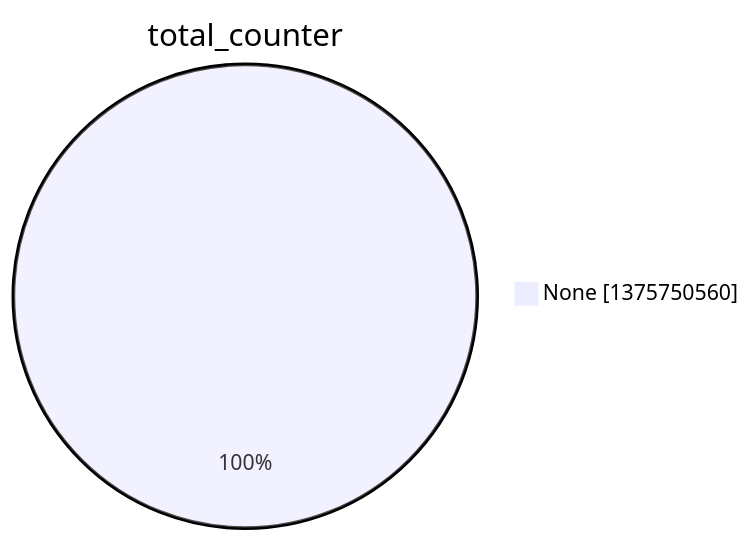
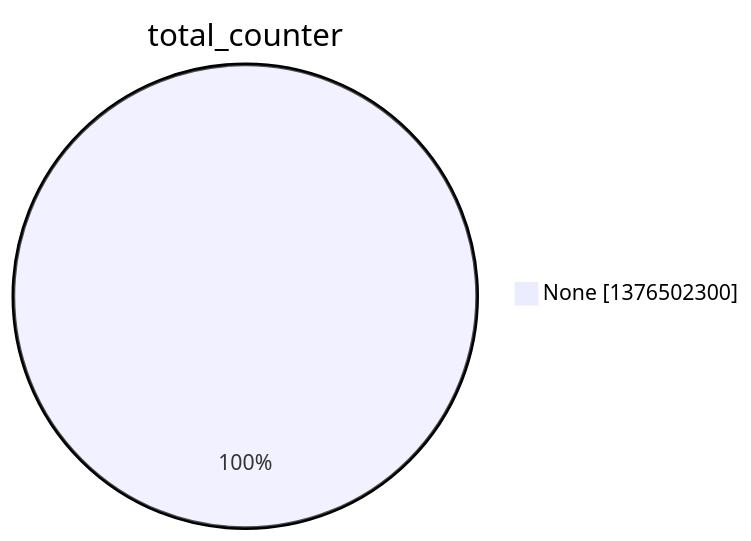
Before and after one commit to christiankrug/ctmonitor_visualization: the second of 15 diagrams in argon2022/README.md, drawn with Mermaid. The commit also changed other lines of this file, not shown here.

````diff
--- a/argon2022/README.md
+++ b/argon2022/README.md
@@ -9,5 +9,5 @@
 ```mermaid
 pie showData
 title total_counter
-"None" :1375750560
+"None" :1376502300
 ```
````
